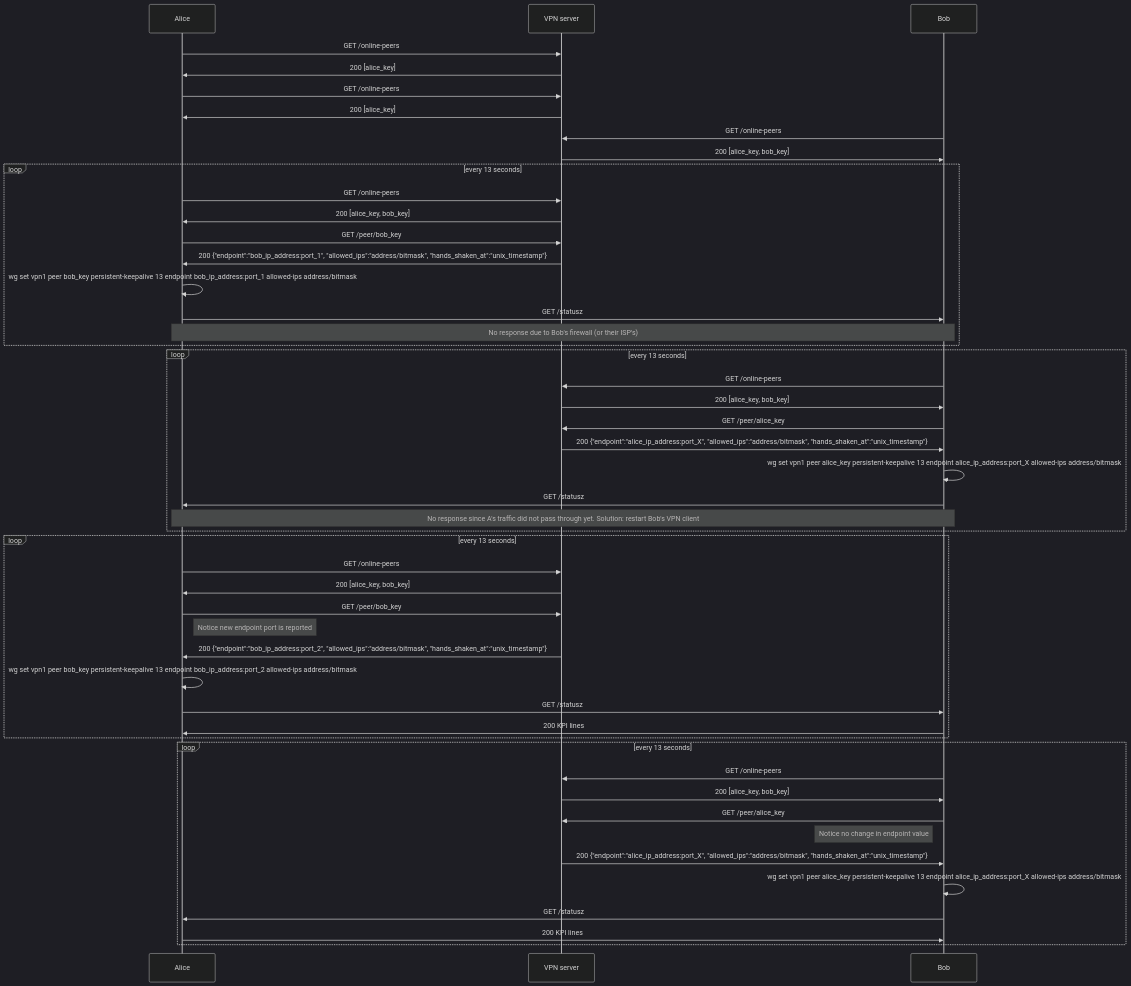
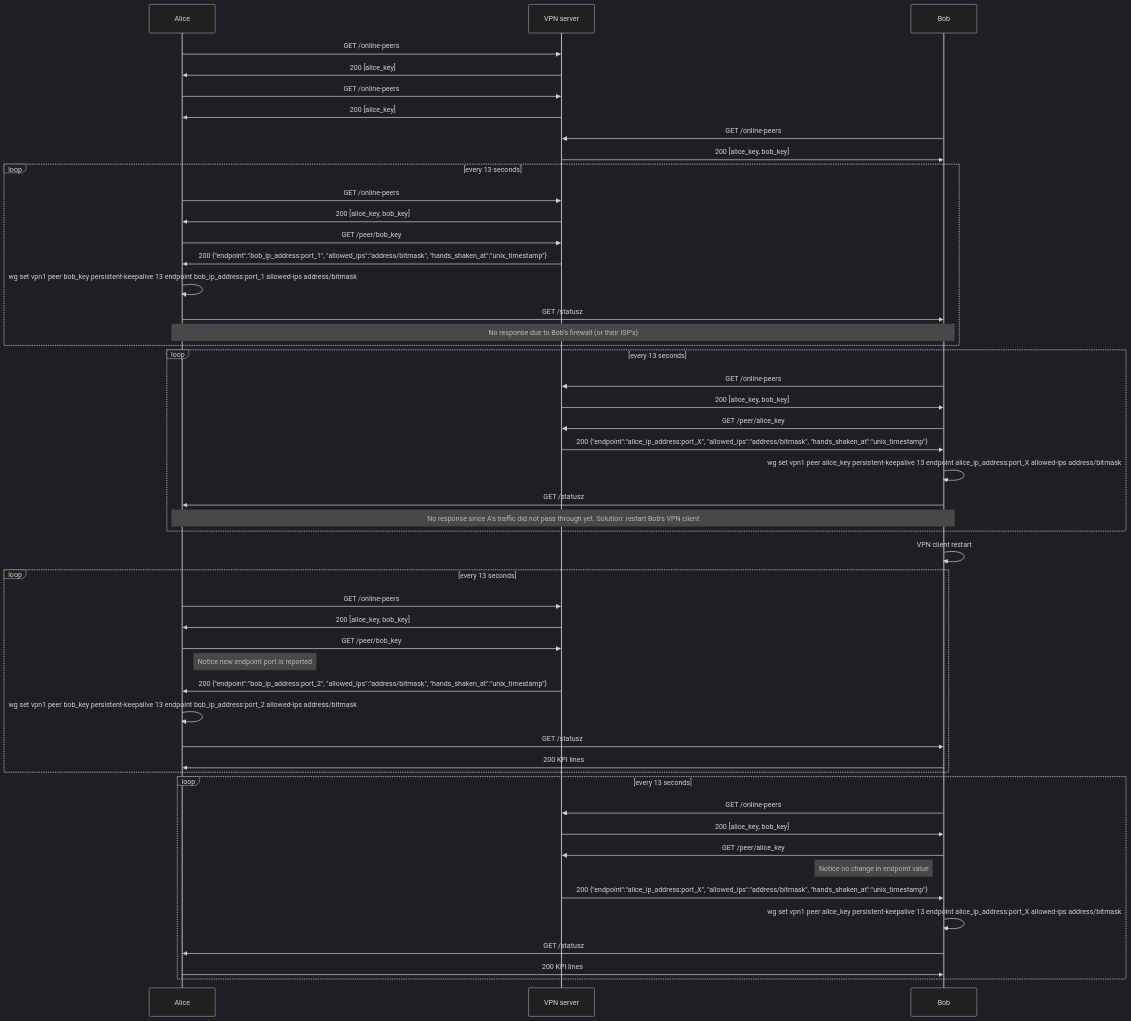
One commit to samunders-core/wg-endpoint-discovery changed the diagram in README.md. Above: the diagram before and after it, drawn with Mermaid (dark theme). The commit also changed other lines of this file, not shown here.

Commit message:
explicit restart in mermaid

````diff
--- a/README.md
+++ b/README.md
@@ -5,57 +5,58 @@
 ```mermaid
 sequenceDiagram
     participant A as Alice
     participant S as VPN server
     participant B as Bob
 
     A->>S: GET /online-peers
     S->>A: 200 [alice_key]
 
     A->>S: GET /online-peers
     S->>A: 200 [alice_key]
     
     B->>S: GET /online-peers
     S->>B: 200 [alice_key, bob_key]
     
     loop every 13 seconds
         A->>S: GET /online-peers
         S->>A: 200 [alice_key, bob_key]
         A->>S: GET /peer/bob_key
         S->>A: 200 {"endpoint":"bob_ip_address:port_1", "allowed_ips":"address/bitmask", "hands_shaken_at":"unix_timestamp"}
         A->>A: wg set vpn1 peer bob_key persistent-keepalive 13 endpoint bob_ip_address:port_1 allowed-ips address/bitmask
         A->>B: GET /statusz
         Note over A,B: No response due to Bob's firewall (or their ISP's)
     end
     
     loop every 13 seconds
         B->>S: GET /online-peers
         S->>B: 200 [alice_key, bob_key]
         B->>S: GET /peer/alice_key
         S->>B: 200 {"endpoint":"alice_ip_address:port_X", "allowed_ips":"address/bitmask", "hands_shaken_at":"unix_timestamp"}
         B->>B: wg set vpn1 peer alice_key persistent-keepalive 13 endpoint alice_ip_address:port_X allowed-ips address/bitmask
         B->>A: GET /statusz
         Note over A,B: No response since A's traffic did not pass through yet. Solution: restart Bob's VPN client
     end
+    B->>B: VPN client restart
 
     loop every 13 seconds
         A->>S: GET /online-peers
         S->>A: 200 [alice_key, bob_key]
         A->>S: GET /peer/bob_key
         Note right of A: Notice new endpoint port is reported
         S->>A: 200 {"endpoint":"bob_ip_address:port_2", "allowed_ips":"address/bitmask", "hands_shaken_at":"unix_timestamp"}
         A->>A: wg set vpn1 peer bob_key persistent-keepalive 13 endpoint bob_ip_address:port_2 allowed-ips address/bitmask
         A->>B: GET /statusz
         B->>A: 200 KPI lines
     end
 
     loop every 13 seconds
         B->>S: GET /online-peers
         S->>B: 200 [alice_key, bob_key]
         B->>S: GET /peer/alice_key
         Note left of B: Notice no change in endpoint value
         S->>B: 200 {"endpoint":"alice_ip_address:port_X", "allowed_ips":"address/bitmask", "hands_shaken_at":"unix_timestamp"}
         B->>B: wg set vpn1 peer alice_key persistent-keepalive 13 endpoint alice_ip_address:port_X allowed-ips address/bitmask
         B->>A: GET /statusz
         A->>B: 200 KPI lines
     end
 ```
````
